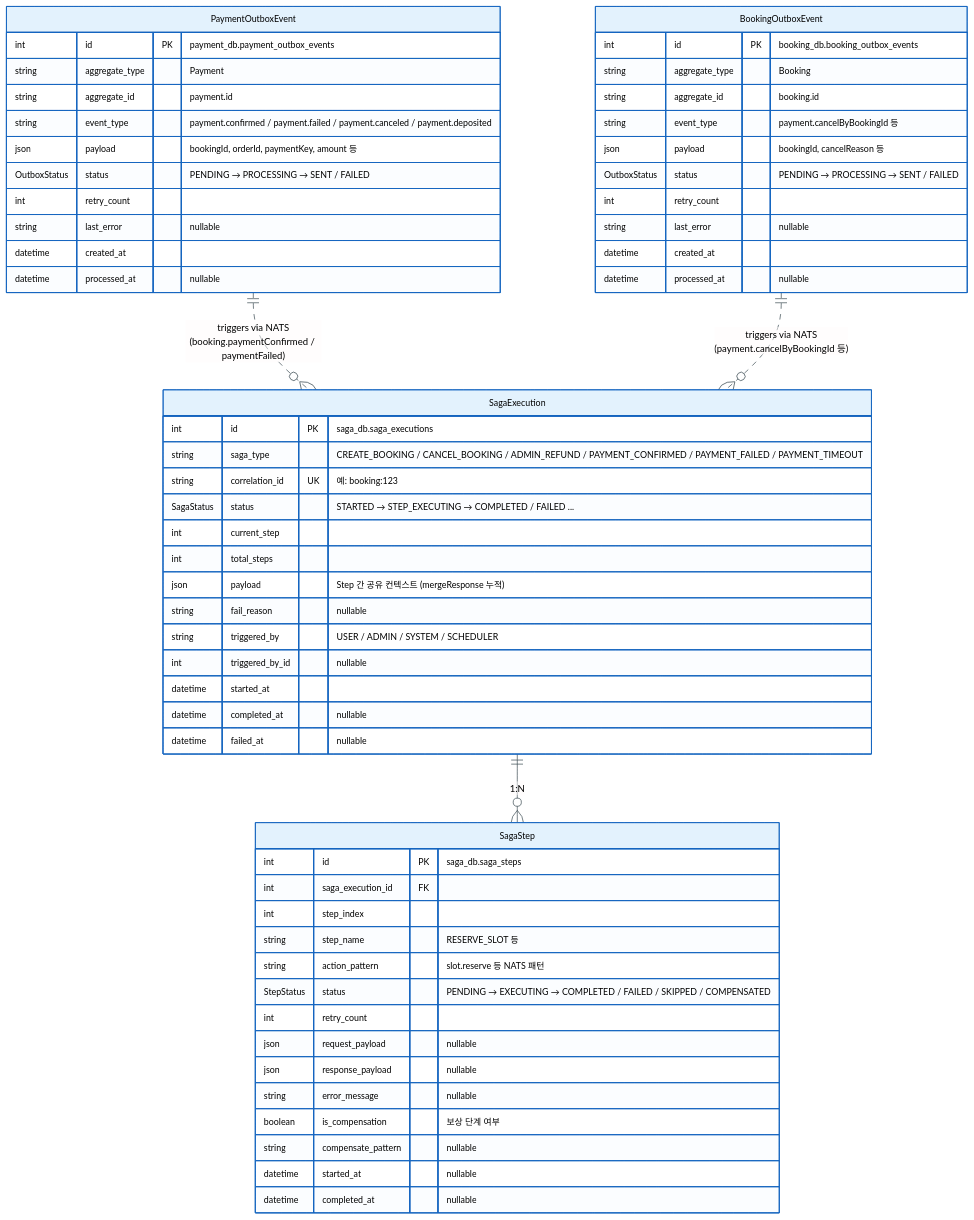
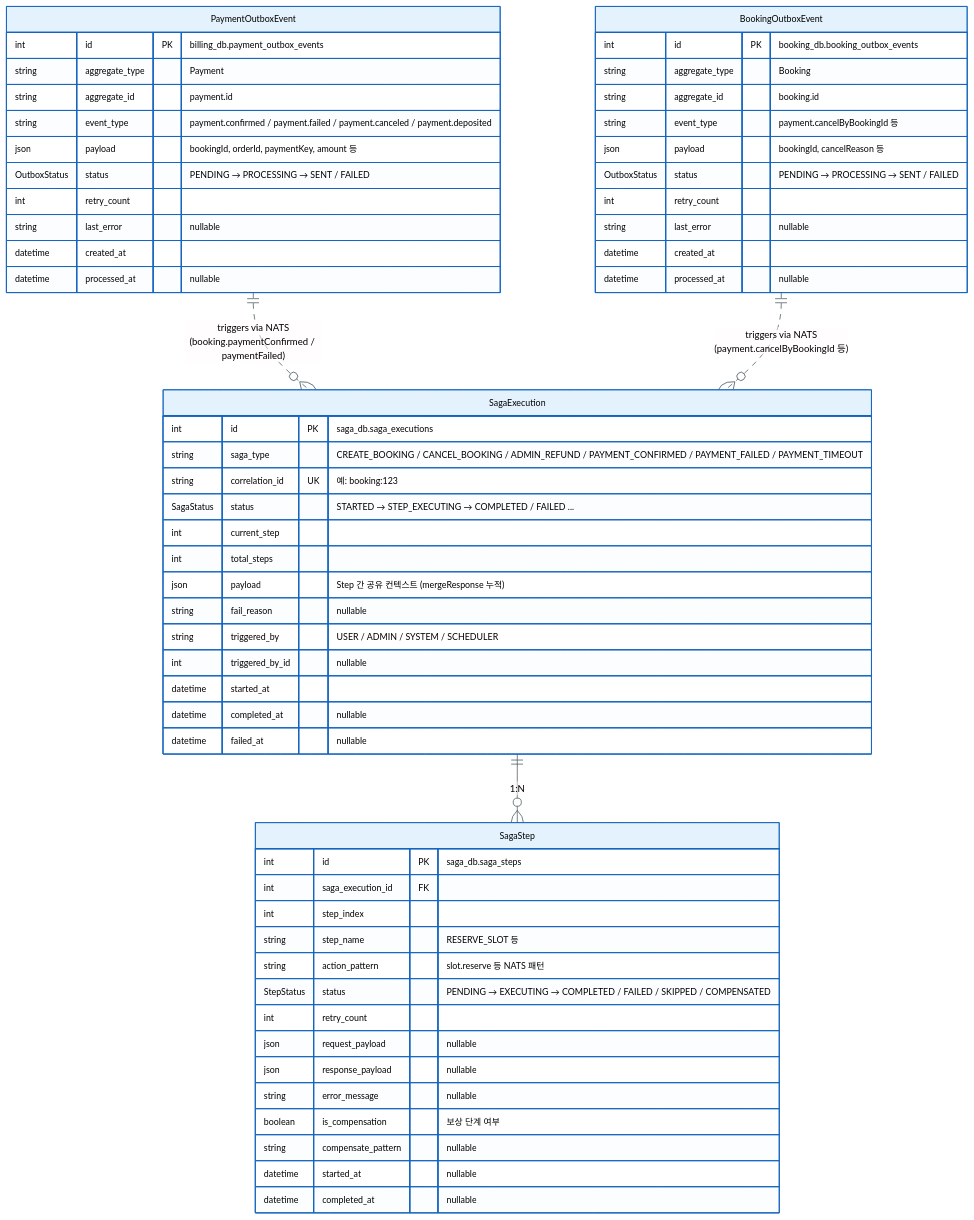
Before and after one commit to uniyous/parkgolf-platform: the third of 9 diagrams in docs/workflow/saga.md, drawn with Mermaid. The commit also changed other lines of this file and 37 other files, not shown here.

First line of the commit message:
refactor(infra): NATS subject·DB명 리네임 — agent.*→concierge.* · payment.*→billing.* (UNI-91)

````diff
--- a/docs/workflow/saga.md
+++ b/docs/workflow/saga.md
@@ -146,66 +146,66 @@
 ```mermaid
 %%{init: {'theme':'base','themeVariables':{'primaryColor':'#E3F2FD','primaryTextColor':'#000','primaryBorderColor':'#1565C0','lineColor':'#37474F','fontSize':'13px'}}}%%
 erDiagram
     SagaExecution ||--o{ SagaStep : "1:N"
     PaymentOutboxEvent ||..o{ SagaExecution : "triggers via NATS<br/>(booking.paymentConfirmed / paymentFailed)"
     BookingOutboxEvent ||..o{ SagaExecution : "triggers via NATS<br/>(payment.cancelByBookingId 등)"
 
     SagaExecution {
         int id PK "saga_db.saga_executions"
         string saga_type "CREATE_BOOKING / CANCEL_BOOKING / ADMIN_REFUND / PAYMENT_CONFIRMED / PAYMENT_FAILED / PAYMENT_TIMEOUT"
         string correlation_id UK "예: booking:123"
         SagaStatus status "STARTED → STEP_EXECUTING → COMPLETED / FAILED ..."
         int current_step
         int total_steps
         json payload "Step 간 공유 컨텍스트 (mergeResponse 누적)"
         string fail_reason "nullable"
         string triggered_by "USER / ADMIN / SYSTEM / SCHEDULER"
         int triggered_by_id "nullable"
         datetime started_at
         datetime completed_at "nullable"
         datetime failed_at "nullable"
     }
 
     SagaStep {
         int id PK "saga_db.saga_steps"
         int saga_execution_id FK
         int step_index
         string step_name "RESERVE_SLOT 등"
         string action_pattern "slot.reserve 등 NATS 패턴"
         StepStatus status "PENDING → EXECUTING → COMPLETED / FAILED / SKIPPED / COMPENSATED"
         int retry_count
         json request_payload "nullable"
         json response_payload "nullable"
         string error_message "nullable"
         boolean is_compensation "보상 단계 여부"
         string compensate_pattern "nullable"
         datetime started_at "nullable"
         datetime completed_at "nullable"
     }
 
     PaymentOutboxEvent {
-        int id PK "payment_db.payment_outbox_events"
+        int id PK "billing_db.payment_outbox_events"
         string aggregate_type "Payment"
         string aggregate_id "payment.id"
         string event_type "payment.confirmed / payment.failed / payment.canceled / payment.deposited"
         json payload "bookingId, orderId, paymentKey, amount 등"
         OutboxStatus status "PENDING → PROCESSING → SENT / FAILED"
         int retry_count
         string last_error "nullable"
         datetime created_at
         datetime processed_at "nullable"
     }
 
     BookingOutboxEvent {
         int id PK "booking_db.booking_outbox_events"
         string aggregate_type "Booking"
         string aggregate_id "booking.id"
         string event_type "payment.cancelByBookingId 등"
         json payload "bookingId, cancelReason 등"
         OutboxStatus status "PENDING → PROCESSING → SENT / FAILED"
         int retry_count
         string last_error "nullable"
         datetime created_at
         datetime processed_at "nullable"
     }
 ```
````
